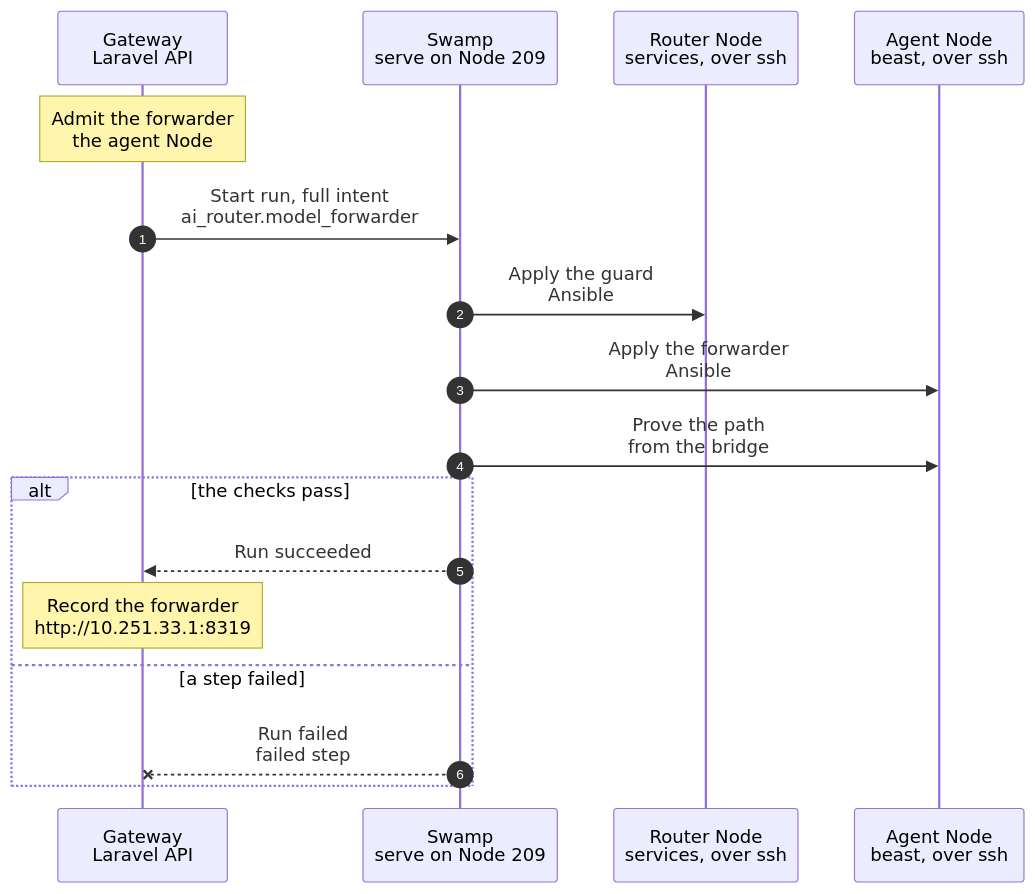
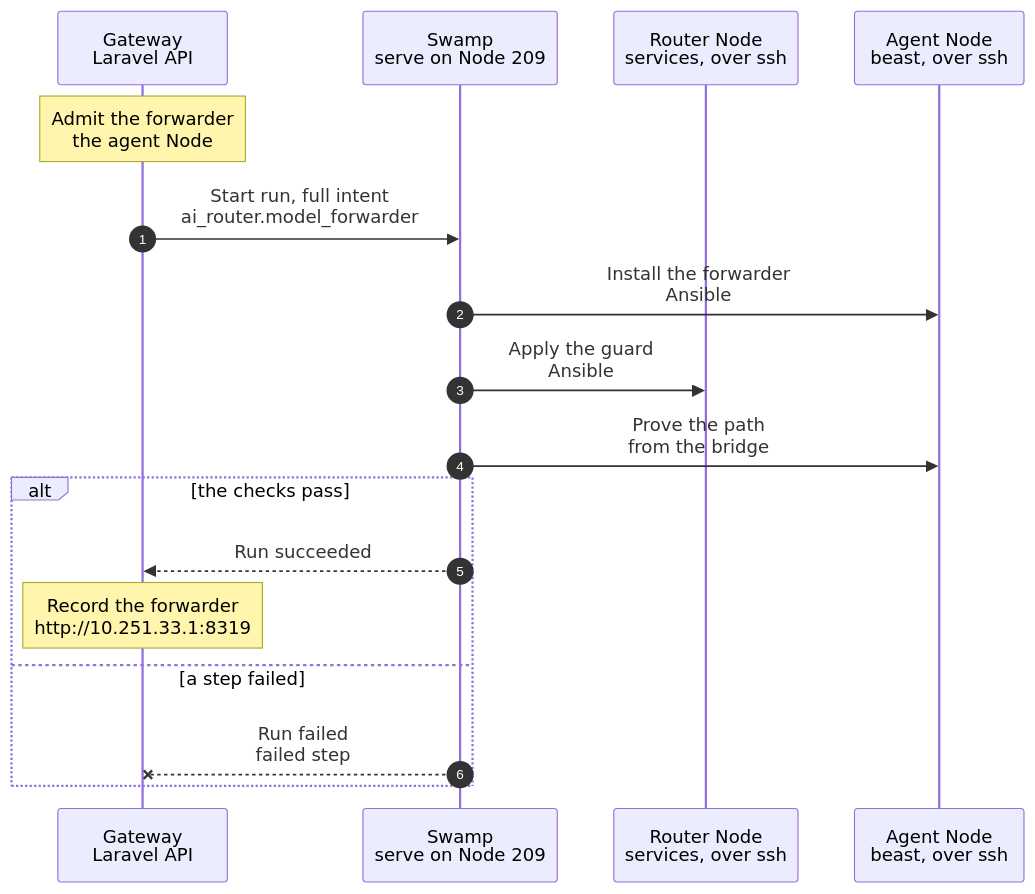
Before and after one commit to hardimpactdev/orbit: the diagram in docs/cli/ai-router/model-forwarder.mmd, drawn with Mermaid. The commit also changed 9 other files, not shown here.

First line of the commit message:
fix(ai-router): load the forwarder's table before the guard admits the Node

```diff
--- a/docs/cli/ai-router/model-forwarder.mmd
+++ b/docs/cli/ai-router/model-forwarder.mmd
@@ -1,51 +1,52 @@
 sequenceDiagram
   %% Target design: Nick 2026-11-09, containers reach models with only the placeholder key and no real key on their Node (ADR 0252).
   %% status: draft
   %% command: none · `ai-router:model-forwarder NODE` on the Gateway, once per agent Node, and with `--remove` to withdraw it
   %% kind: ai_router.model_forwarder
   autonumber
   %% lane GW icon=gateway pill=intent tone=blue
   %% lane SW icon=workflow pill=executes tone=green
   %% lane R icon=server pill=target tone=amber
   %% lane N icon=server pill=target tone=purple
   participant GW as Gateway<br/>Laravel API
   participant SW as Swamp<br/>serve on Node 209
   participant R as Router Node<br/>services, over ssh
   participant N as Agent Node<br/>beast, over ssh
   Note over GW: Admit the forwarder<br/>the agent Node
   %%> What it does:
   %%> - renders the guard as `ai-router:task-guard` does, with the Node's WireGuard address added to its sources, or removed
   %%> - renders the forwarder's Caddyfile: the bridge address at port 8319, proxied unchanged to the guard origin; it holds no key
   %%> - pushes vault copies of the task key and the anchor key for the guard; the intent holds neither, and the forwarder gets neither
   %%> - takes the lock `ai_router_guard:<router Node>`, which guard runs share
   %%> Requirements:
   %%> - the ai-router extension is set up on its Node
-  %%> - the guard is in place: a forwarder run never brings back a removed guard
+  %%> - the guard is in place for an applying run: a forwarder run never brings back a removed guard
   %%> - the Node is active Linux with a WireGuard address, and is not the router's Node, the swamp Node or the vpn hub
   %%> - `--bridge` and `--address` name the container bridge and its IPv4 address; a removal reuses those of the last run
   GW->>SW: Start run, full intent<br/>ai_router.model_forwarder
+  SW->>N: Install the forwarder<br/>Ansible
+  %%> What it does:
+  %%> - before the guard admits the Node, so a run that fails later leaves no Node admitted without its table; a removal installs nothing here
+  %%> - checks that the address belongs to the bridge
+  %%> - makes the forwarder's system user and loads its nftables table from a oneshot unit that starts early at boot, before WireGuard, Docker and Incus: forwarded packets to the guard are dropped ahead of Docker and UFW, and only the forwarder's user may connect to the guard from the Node
+  %%> - runs its own Caddy, `orbit-ai-router-forwarder.service`, on the bridge address at port 8319, only while the table's unit is up: its own user, no admin endpoint, no saved config, no key
+  %%> - allows port 8319 in on the bridge only
   SW->>R: Apply the guard<br/>Ansible
   %%> What it does:
   %%> - the guard phase of `ai-router:task-guard`: keys, Caddyfile, unit, and the UFW allow of each forwarder Node above the deny; the allow of a Node the rules do not name goes
   %%> - its end checks: from the router Node and from the swamp Node, a source outside the admitted sources is refused
-  SW->>N: Apply the forwarder<br/>Ansible
-  %%> What it does:
-  %%> - checks that the address belongs to the bridge
-  %%> - runs its own Caddy, `orbit-ai-router-forwarder.service`, on the bridge address at port 8319: its own system user, no admin endpoint, no saved config, no key
-  %%> - allows port 8319 in on the bridge only
-  %%> - loads its nftables table before each start: forwarded packets to the guard are dropped ahead of Docker and UFW, and only the forwarder's user may connect to the guard from the Node
-  %%> - `--remove`: takes the unit, its folder and its UFW rule off the Node instead
+  %%> - a removal while the guard is off skips this phase and leaves the guard off
   SW->>N: Prove the path<br/>from the bridge
   %%> What it does:
   %%> - from a namespace whose veth is a port of the bridge, as a container: a POST through the forwarder with no key gets the guard's 401, which it gives only to a source it admits
   %%> - from that namespace, a request straight to the guard fails and the forward drop counter rises
   %%> - from the Node as root, a request to the guard fails and the output reset counter rises
-  %%> - remove: the router Node answers SSH, and the guard port does not answer the Node
+  %%> - `--remove`: takes the forwarder, its table, both units, its folder, its state, its UFW rule and its user off the Node, then checks that the router Node answers SSH and the guard port does not answer the Node
   alt the checks pass
     SW-->>GW: Run succeeded
     Note over GW: Record the forwarder<br/>http://10.251.33.1:8319
     %%> Result:
     %%> - containers on the Node call this origin with the one task key; only the `agent` uid reaches it, by the container's own nftables rule
   else a step failed
     SW--xGW: Run failed<br/>failed step
   end
```
